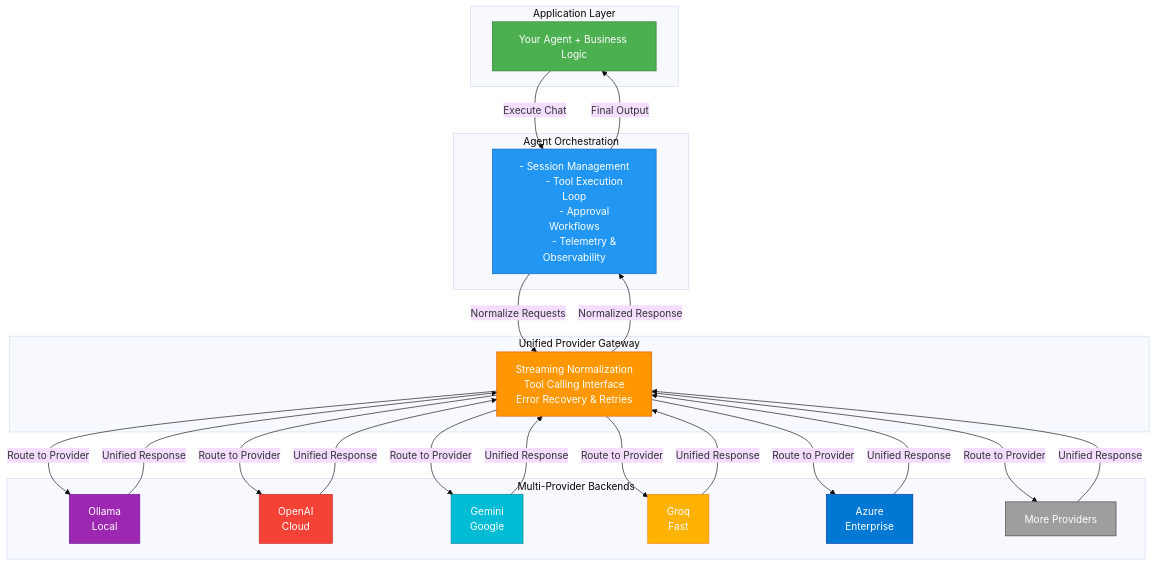
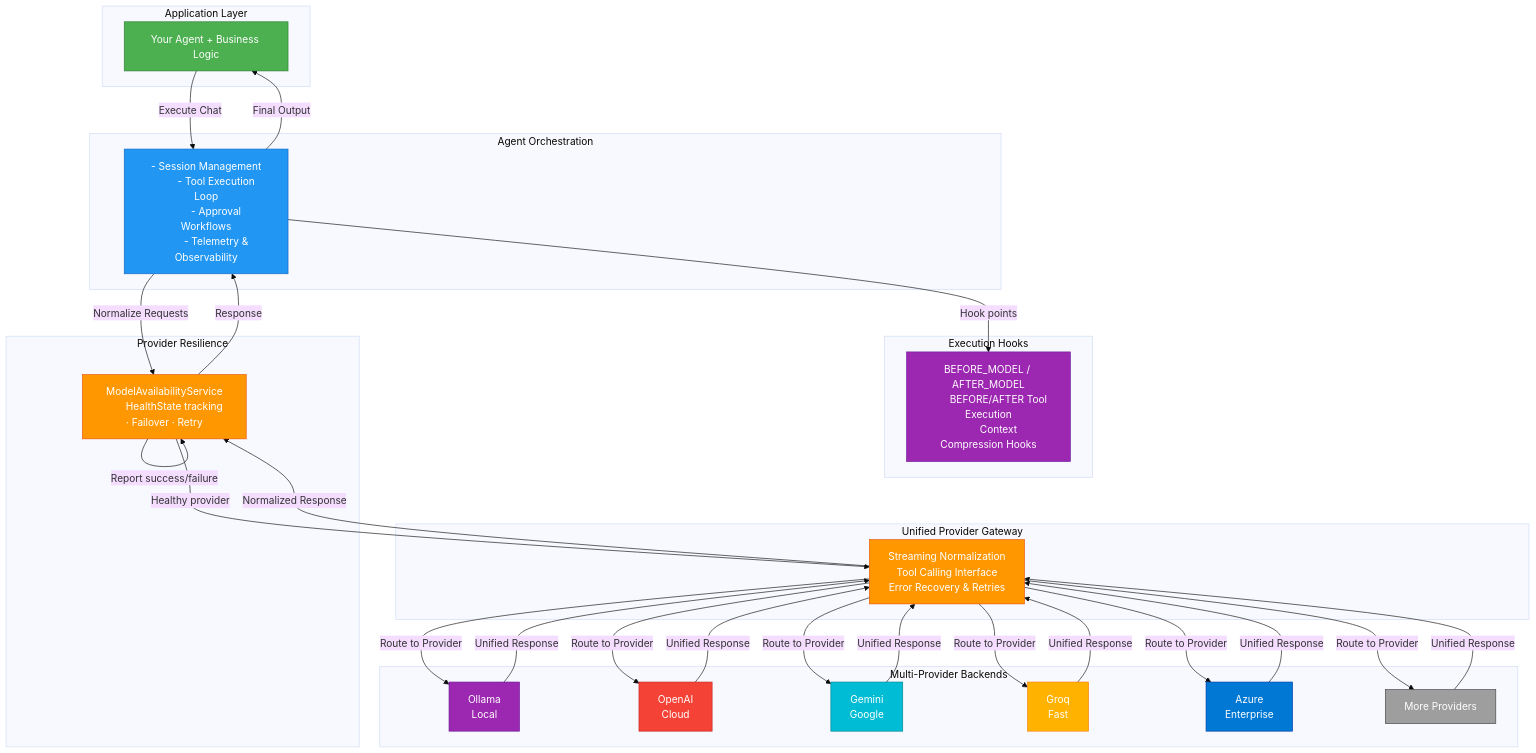
The diagram in docs/introduction.md (RudraModi360/Logicore), drawn with Mermaid (base theme) before and after one commit. The commit also changed other lines of this file and 22 other files, not shown here.

````diff
--- a/docs/introduction.md
+++ b/docs/introduction.md
@@ -138,61 +177,80 @@
 ```mermaid
 graph TB
     subgraph "Application Layer"
         APP["Your Agent + Business Logic"]
     end
     
     subgraph "Agent Orchestration"
         ORCH["
         - Session Management
         - Tool Execution Loop
         - Approval Workflows
         - Telemetry & Observability
         "]
+    end
+
+    subgraph "Execution Hooks"
+        HOOKS["
+        BEFORE_MODEL / AFTER_MODEL
+        BEFORE/AFTER Tool Execution
+        Context Compression Hooks
+        "]
+    end
+
+    subgraph "Provider Resilience"
+        MAS["ModelAvailabilityService
+        HealthState tracking · Failover · Retry"]
     end
     
     subgraph "Unified Provider Gateway"
         GATEWAY["
         Streaming Normalization
         Tool Calling Interface
         Error Recovery & Retries
         "]
     end
     
     subgraph "Multi-Provider Backends"
         OLLAMA["Ollama<br/>Local"]
         OPENAI["OpenAI<br/>Cloud"]
         GEMINI["Gemini<br/>Google"]
         GROQ["Groq<br/>Fast"]
         AZURE["Azure<br/>Enterprise"]
         OTHER["More Providers"]
     end
     
     APP -->|Execute Chat| ORCH
-    ORCH -->|Normalize Requests| GATEWAY
+    ORCH -->|Hook points| HOOKS
+    ORCH -->|Normalize Requests| MAS
+    MAS -->|Healthy provider| GATEWAY
     GATEWAY -->|Route to Provider| OLLAMA
     GATEWAY -->|Route to Provider| OPENAI
     GATEWAY -->|Route to Provider| GEMINI
     GATEWAY -->|Route to Provider| GROQ
     GATEWAY -->|Route to Provider| AZURE
     GATEWAY -->|Route to Provider| OTHER
     
     OLLAMA -->|Unified Response| GATEWAY
     OPENAI -->|Unified Response| GATEWAY
     GEMINI -->|Unified Response| GATEWAY
     GROQ -->|Unified Response| GATEWAY
     AZURE -->|Unified Response| GATEWAY
     OTHER -->|Unified Response| GATEWAY
     
-    GATEWAY -->|Normalized Response| ORCH
+    GATEWAY -->|Normalized Response| MAS
+    MAS -->|Report success/failure| MAS
+    MAS -->|Response| ORCH
     ORCH -->|Final Output| APP
     
     style APP fill:#4CAF50,stroke:#2E7D32,color:#fff
     style ORCH fill:#2196F3,stroke:#1565C0,color:#fff
+    style HOOKS fill:#9C27B0,stroke:#6A1B9A,color:#fff
+    style MAS fill:#FF9800,stroke:#E65100,color:#fff
     style GATEWAY fill:#FF9800,stroke:#E65100,color:#fff
     style OLLAMA fill:#9C27B0,stroke:#6A1B9A,color:#fff
     style OPENAI fill:#F44336,stroke:#C62828,color:#fff
     style GEMINI fill:#00BCD4,stroke:#00838F,color:#fff
     style GROQ fill:#FFB300,stroke:#F57F17,color:#fff
     style AZURE fill:#0078D4,stroke:#003DA5,color:#fff
     style OTHER fill:#9E9E9E,stroke:#424242,color:#fff
 ```
````
